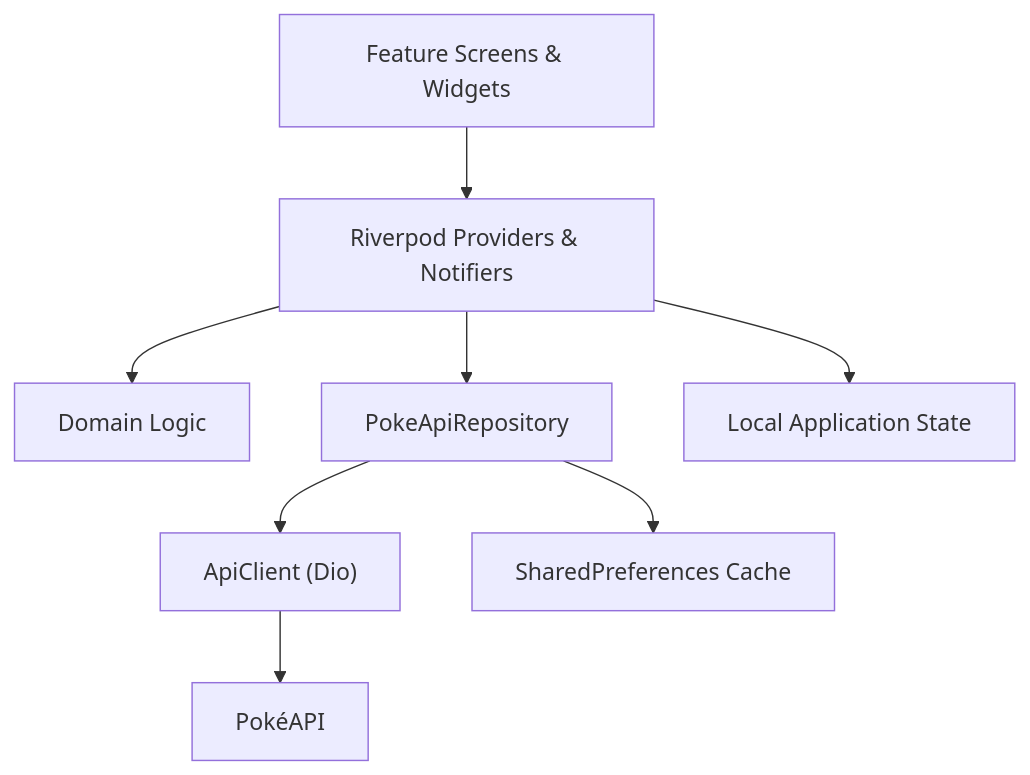
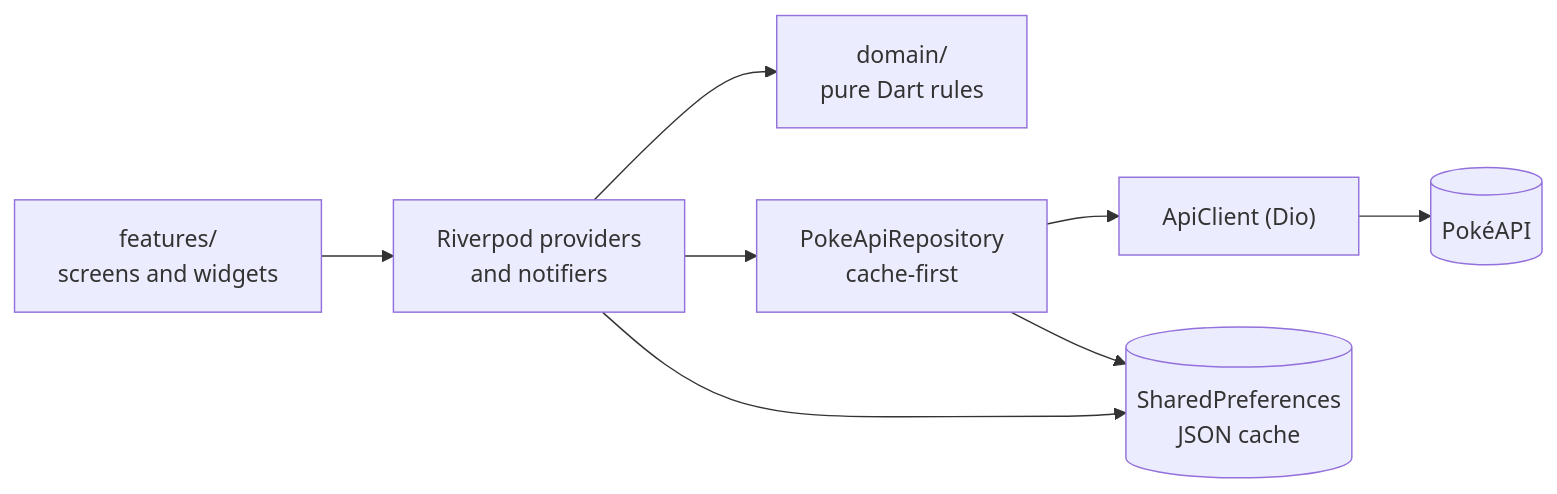
Before and after one commit to ShakyaJU/pokepod: the diagram in README.md, drawn with Mermaid. The commit also changed other lines of this file, not shown here.

````diff
--- a/README.md
+++ b/README.md
@@ -406,19 +271,10 @@
 ```mermaid
-flowchart TD
-    UI["Feature Screens & Widgets"]
-    STATE["Riverpod Providers & Notifiers"]
-    DOMAIN["Domain Logic"]
-    REPO["PokeApiRepository"]
-    API["ApiClient (Dio)"]
-    POKE["PokéAPI"]
-    CACHE["SharedPreferences Cache"]
-    LOCAL["Local Application State"]
-
-    UI --> STATE
-    STATE --> DOMAIN
-    STATE --> REPO
-    REPO --> API
-    API --> POKE
-    REPO --> CACHE
-    STATE --> LOCAL
+flowchart LR
+    UI["features/<br/>screens and widgets"] --> P["Riverpod providers<br/>and notifiers"]
+    P --> D["domain/<br/>pure Dart rules"]
+    P --> R["PokeApiRepository<br/>cache-first"]
+    R --> C["ApiClient (Dio)"]
+    C --> API[("PokéAPI")]
+    R --> S[("SharedPreferences<br/>JSON cache")]
+    P --> S
 ```
````
